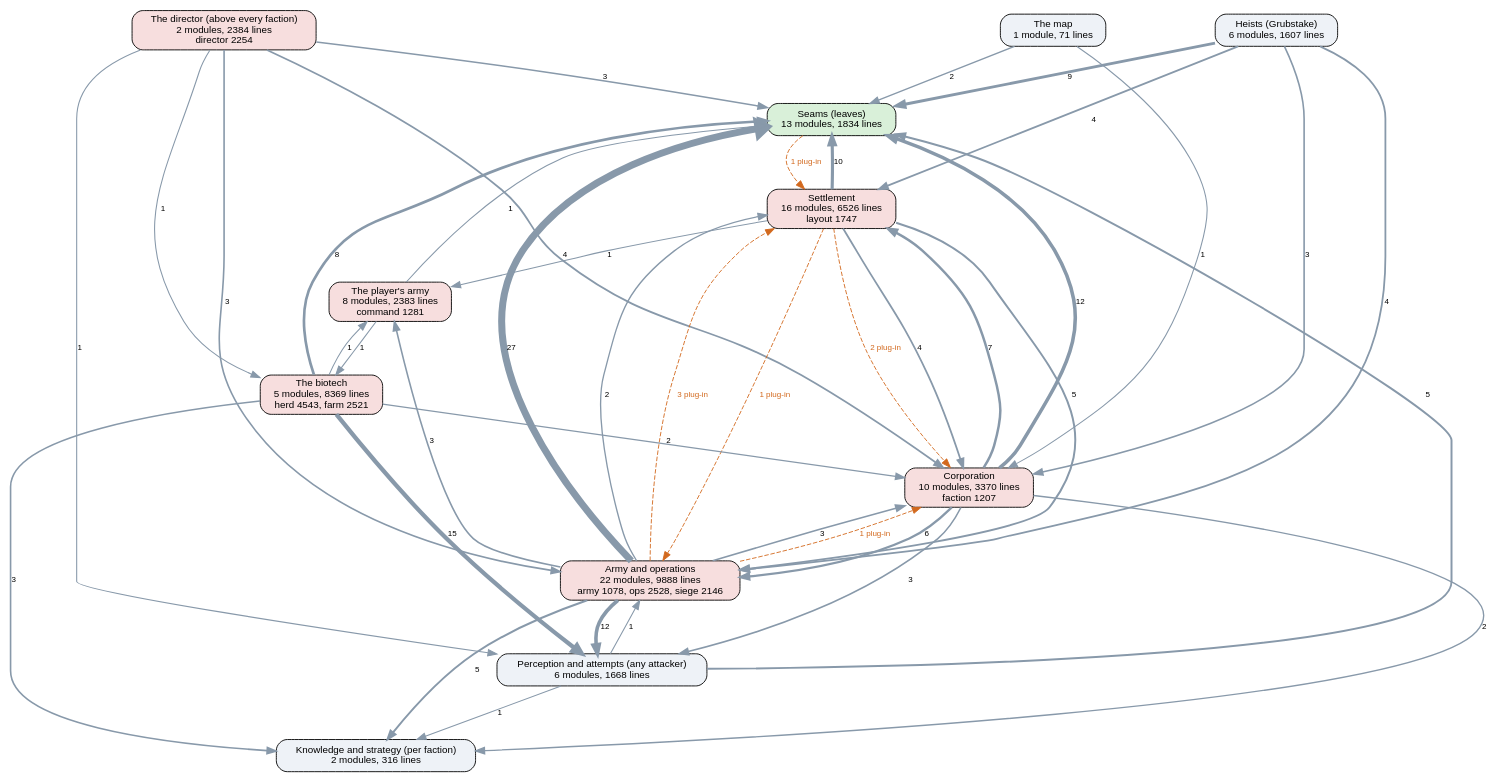
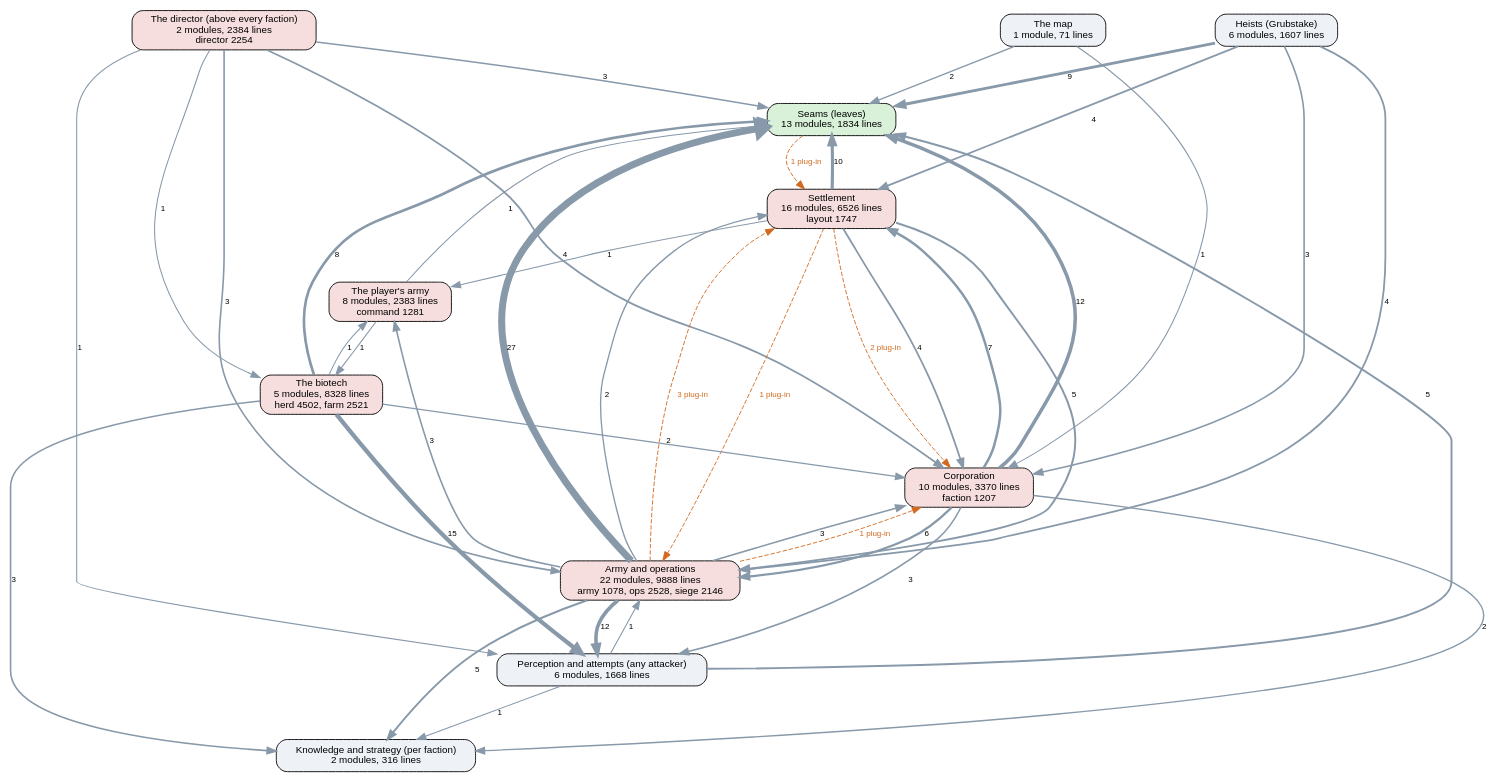
One commit to kinelhu/landing-party changed the diagram in docs/ai-layers.dot. Above: the diagram before and after it, drawn with Graphviz. The commit also changed 9 other files, not shown here.

```diff
--- a/docs/ai-layers.dot
+++ b/docs/ai-layers.dot
@@ -1,57 +1,57 @@
 digraph layers {
   graph [rankdir=TB, fontname="Helvetica", nodesep=0.5, ranksep=0.7];
   node [shape=box, style="rounded,filled", fontname="Helvetica", fontsize=11, fillcolor="#eef2f7"];
   edge [color="#8899aa", fontname="Helvetica", fontsize=9];
   "Seams (leaves)" [label="Seams (leaves)\n13 modules, 1834 lines", fillcolor="#d9f0d9"];
   "Perception and attempts (any attacker)" [label="Perception and attempts (any attacker)\n6 modules, 1668 lines", fillcolor="#eef2f7"];
   "Knowledge and strategy (per faction)" [label="Knowledge and strategy (per faction)\n2 modules, 316 lines", fillcolor="#eef2f7"];
   "The director (above every faction)" [label="The director (above every faction)\n2 modules, 2384 lines\ndirector 2254", fillcolor="#f7dede"];
   "Corporation" [label="Corporation\n10 modules, 3370 lines\nfaction 1207", fillcolor="#f7dede"];
   "Settlement" [label="Settlement\n16 modules, 6526 lines\nlayout 1747", fillcolor="#f7dede"];
   "Army and operations" [label="Army and operations\n22 modules, 9888 lines\narmy 1078, ops 2528, siege 2146", fillcolor="#f7dede"];
   "Heists (Grubstake)" [label="Heists (Grubstake)\n6 modules, 1607 lines", fillcolor="#eef2f7"];
-  "The biotech" [label="The biotech\n5 modules, 8369 lines\nherd 4543, farm 2521", fillcolor="#f7dede"];
+  "The biotech" [label="The biotech\n5 modules, 8328 lines\nherd 4502, farm 2521", fillcolor="#f7dede"];
   "The map" [label="The map\n1 module, 71 lines", fillcolor="#eef2f7"];
   "The player's army" [label="The player's army\n8 modules, 2383 lines\ncommand 1281", fillcolor="#f7dede"];
   "Army and operations" -> "Corporation" [label="3", penwidth=1.8];
   "Army and operations" -> "Knowledge and strategy (per faction)" [label="5", penwidth=2.2];
   "Army and operations" -> "Perception and attempts (any attacker)" [label="12", penwidth=4.0];
   "Army and operations" -> "Seams (leaves)" [label="27", penwidth=7.8];
   "Army and operations" -> "Settlement" [label="2", penwidth=1.5];
   "Army and operations" -> "The player's army" [label="3", penwidth=1.8];
   "Corporation" -> "Army and operations" [label="6", penwidth=2.5];
   "Corporation" -> "Knowledge and strategy (per faction)" [label="2", penwidth=1.5];
   "Corporation" -> "Perception and attempts (any attacker)" [label="3", penwidth=1.8];
   "Corporation" -> "Seams (leaves)" [label="12", penwidth=4.0];
   "Corporation" -> "Settlement" [label="7", penwidth=2.8];
   "Heists (Grubstake)" -> "Army and operations" [label="4", penwidth=2.0];
   "Heists (Grubstake)" -> "Corporation" [label="3", penwidth=1.8];
   "Heists (Grubstake)" -> "Seams (leaves)" [label="9", penwidth=3.2];
   "Heists (Grubstake)" -> "Settlement" [label="4", penwidth=2.0];
   "Perception and attempts (any attacker)" -> "Army and operations" [label="1", penwidth=1.2];
   "Perception and attempts (any attacker)" -> "Knowledge and strategy (per faction)" [label="1", penwidth=1.2];
   "Perception and attempts (any attacker)" -> "Seams (leaves)" [label="5", penwidth=2.2];
   "Settlement" -> "Army and operations" [label="5", penwidth=2.2];
   "Settlement" -> "Corporation" [label="4", penwidth=2.0];
   "Settlement" -> "Seams (leaves)" [label="10", penwidth=3.5];
   "Settlement" -> "The player's army" [label="1", penwidth=1.2];
   "The biotech" -> "Corporation" [label="2", penwidth=1.5];
   "The biotech" -> "Knowledge and strategy (per faction)" [label="3", penwidth=1.8];
   "The biotech" -> "Perception and attempts (any attacker)" [label="15", penwidth=4.8];
   "The biotech" -> "Seams (leaves)" [label="8", penwidth=3.0];
   "The biotech" -> "The player's army" [label="1", penwidth=1.2];
   "The director (above every faction)" -> "Army and operations" [label="3", penwidth=1.8];
   "The director (above every faction)" -> "Corporation" [label="4", penwidth=2.0];
   "The director (above every faction)" -> "Perception and attempts (any attacker)" [label="1", penwidth=1.2];
   "The director (above every faction)" -> "Seams (leaves)" [label="3", penwidth=1.8];
   "The director (above every faction)" -> "The biotech" [label="1", penwidth=1.2];
   "The map" -> "Corporation" [label="1", penwidth=1.2];
   "The map" -> "Seams (leaves)" [label="2", penwidth=1.5];
   "The player's army" -> "Seams (leaves)" [label="1", penwidth=1.2];
   "The player's army" -> "The biotech" [label="1", penwidth=1.2];
   "Army and operations" -> "Corporation" [style=dashed, color="#d2691e", fontcolor="#d2691e", label="1 plug-in"];
   "Army and operations" -> "Settlement" [style=dashed, color="#d2691e", fontcolor="#d2691e", label="3 plug-in"];
   "Seams (leaves)" -> "Settlement" [style=dashed, color="#d2691e", fontcolor="#d2691e", label="1 plug-in"];
   "Settlement" -> "Army and operations" [style=dashed, color="#d2691e", fontcolor="#d2691e", label="1 plug-in"];
   "Settlement" -> "Corporation" [style=dashed, color="#d2691e", fontcolor="#d2691e", label="2 plug-in"];
 }
```
